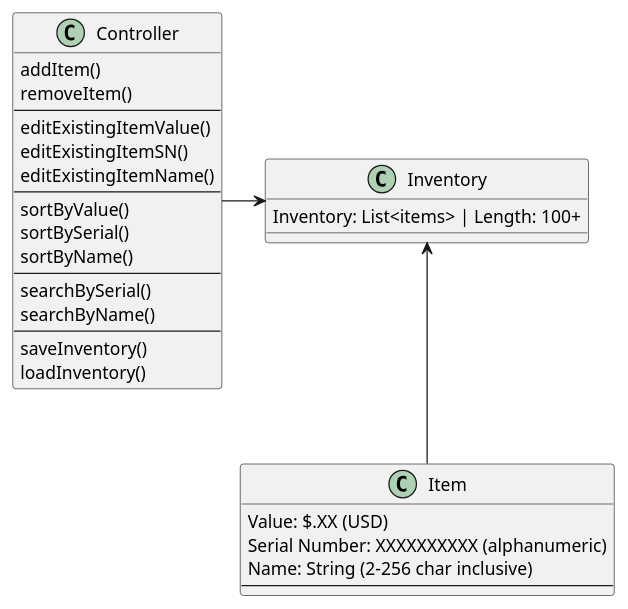
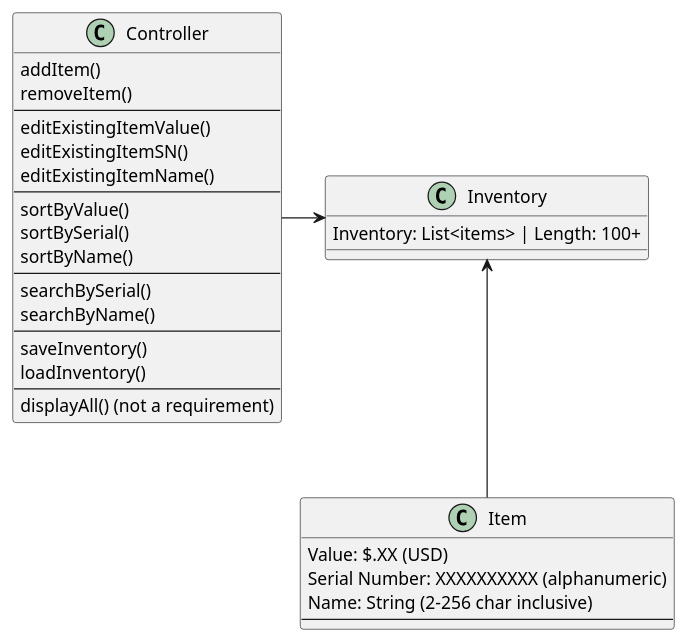
One commit to apatheticzekrom/Giang-cop3330-assignment5 changed the diagram in uml/classdiagram.puml. Above: the diagram before and after it, drawn with PlantUML. The commit also changed 3 other files, not shown here.

```diff
--- a/uml/classdiagram.puml
+++ b/uml/classdiagram.puml
@@ -1,37 +1,39 @@
 @startuml
 'https://plantuml.com/class-diagram
 
 class Inventory {
 Inventory: List<items> | Length: 100+
 }
 
 class Item {
 Value: $.XX (USD)
 Serial Number: XXXXXXXXXX (alphanumeric)
 Name: String (2-256 char inclusive)
 ----
 }
 
 class Controller {
 addItem()
 removeItem()
 --
 editExistingItemValue()
 editExistingItemSN()
 editExistingItemName()
 --
 sortByValue()
 sortBySerial()
 sortByName()
 --
 searchBySerial()
 searchByName()
 --
 saveInventory()
 loadInventory()
+--
+displayAll() (not a requirement)
 }
 
 Controller -> Inventory
 Inventory <-- Item
 
 @enduml
```
